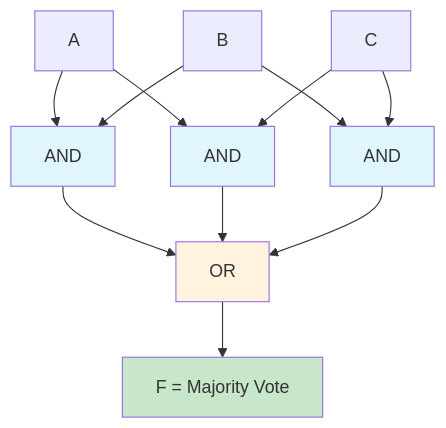
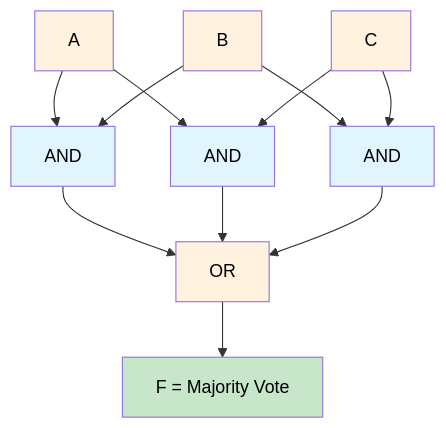
One commit to Yxiang-828/Yxiang-828.github.io changed diagram 23 of 32 in ee2026/lect/L2 lecture notes/EE2026_Week_2_Boolean_Logic_Visual_Guide.md. Above: the diagram before and after it, drawn with Mermaid. The commit also changed other lines of this file, not shown here.

````diff
--- a/ee2026/lect/L2 lecture notes/EE2026_Week_2_Boolean_Logic_Visual_Guide.md
+++ b/ee2026/lect/L2 lecture notes/EE2026_Week_2_Boolean_Logic_Visual_Guide.md
@@ -595,22 +629,25 @@
 ```mermaid
 graph TD
     A[A] --> AND1[AND]
     B[B] --> AND1
     AND1 --> OR1[OR]
     
     A[A] --> AND2[AND]
     C[C] --> AND2
     AND2 --> OR1
     
     B[B] --> AND3[AND]
     C[C] --> AND3
     AND3 --> OR1
     
     OR1 --> F[F = Majority Vote]
     
-    style AND1 fill:#e1f5fe
-    style AND2 fill:#e1f5fe
-    style AND3 fill:#e1f5fe
-    style OR1 fill:#fff3e0
-    style F fill:#c8e6c9
+    style AND1 fill:#e1f5fe,color:#000
+    style AND2 fill:#e1f5fe,color:#000
+    style AND3 fill:#e1f5fe,color:#000
+    style OR1 fill:#fff3e0,color:#000
+    style F fill:#c8e6c9,color:#000
+    style A fill:#fff3e0,color:#000
+    style B fill:#fff3e0,color:#000
+    style C fill:#fff3e0,color:#000
 ```
````
